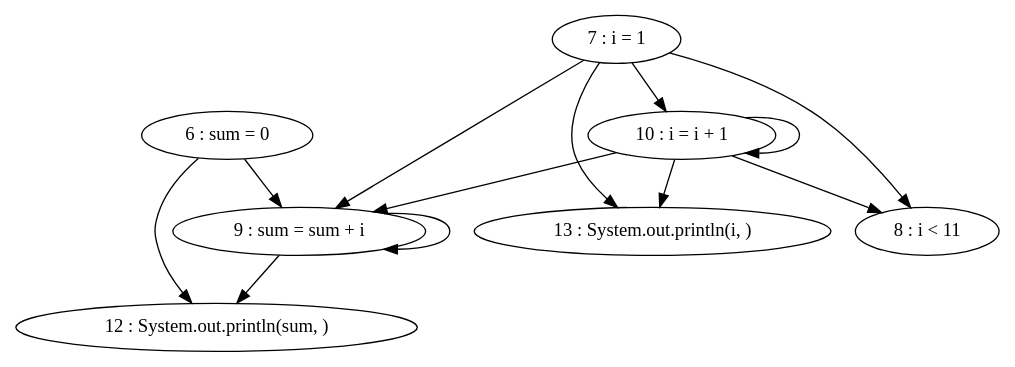
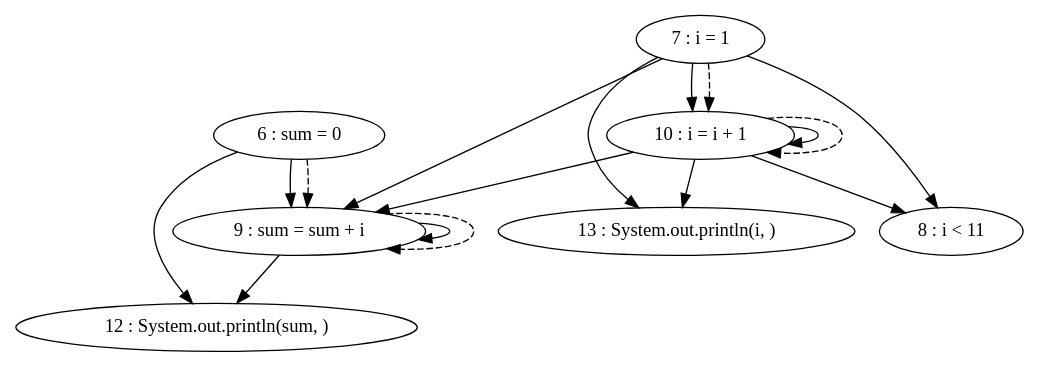
Before and after one commit to thomassimko/thesis-code-duplication: the diagram in target/classes/pdg/source/PDGSample-print.gv, drawn with Graphviz. The commit also changed 61 other files, not shown here.

```diff
--- a/target/classes/pdg/source/PDGSample-print.gv
+++ b/target/classes/pdg/source/PDGSample-print.gv
@@ -1,22 +1,26 @@
 digraph G {
 "6 : sum = 0"
 "6 : sum = 0" -> "12 : System.out.println(sum, )"
 "6 : sum = 0" -> "9 : sum = sum + i"
+"6 : sum = 0" -> "9 : sum = sum + i" [style=dashed]
 "7 : i = 1"
+"7 : i = 1" -> "8 : i < 11"
+"7 : i = 1" -> "9 : sum = sum + i"
+"7 : i = 1" -> "13 : System.out.println(i, )"
 "7 : i = 1" -> "10 : i = i + 1"
-"7 : i = 1" -> "8 : i < 11"
-"7 : i = 1" -> "13 : System.out.println(i, )"
-"7 : i = 1" -> "9 : sum = sum + i"
+"7 : i = 1" -> "10 : i = i + 1" [style=dashed]
 "8 : i < 11"
 "9 : sum = sum + i"
 "9 : sum = sum + i" -> "12 : System.out.println(sum, )"
 "9 : sum = sum + i" -> "9 : sum = sum + i"
+"9 : sum = sum + i" -> "9 : sum = sum + i" [style=dashed]
 "10 : i = i + 1"
+"10 : i = i + 1" -> "8 : i < 11"
+"10 : i = i + 1" -> "9 : sum = sum + i"
+"10 : i = i + 1" -> "13 : System.out.println(i, )"
 "10 : i = i + 1" -> "10 : i = i + 1"
-"10 : i = i + 1" -> "8 : i < 11"
-"10 : i = i + 1" -> "13 : System.out.println(i, )"
-"10 : i = i + 1" -> "9 : sum = sum + i"
+"10 : i = i + 1" -> "10 : i = i + 1" [style=dashed]
 "8 : i < 11"
 "12 : System.out.println(sum, )"
 "13 : System.out.println(i, )"
 }
```
